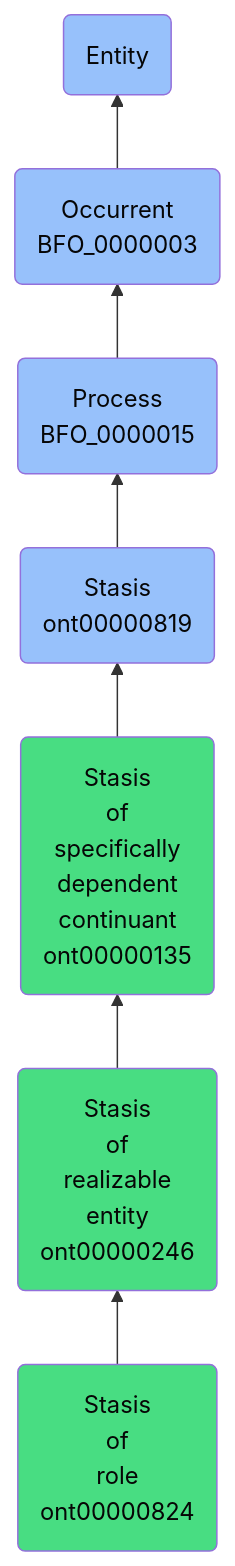
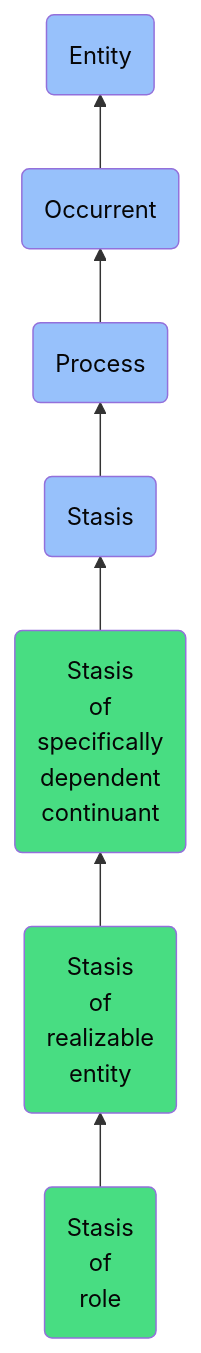
The diagram in docs/ontology/reference/model/Entity/Occurrent/Process/Stasis/Stasis of specifically dependent continuant/Stasis of realizable entity/Stasis of role/Stasis of role.md (jupyter-naas/abi), drawn with Mermaid before and after one commit. The commit also changed other lines of this file and 1430 other files, not shown here.

````diff
--- a/docs/ontology/reference/model/Entity/Occurrent/Process/Stasis/Stasis of specifically dependent continuant/Stasis of realizable entity/Stasis of role/Stasis of role.md
+++ b/docs/ontology/reference/model/Entity/Occurrent/Process/Stasis/Stasis of specifically dependent continuant/Stasis of realizable entity/Stasis of role/Stasis of role.md
@@ -24,14 +24,14 @@
 ```mermaid
 graph BT
-    ont00000824(Stasis<br>of<br>role<br>ont00000824):::ABI-->ont00000246
-    ont00000246(Stasis<br>of<br>realizable<br>entity<br>ont00000246):::ABI-->ont00000135
-    ont00000135(Stasis<br>of<br>specifically<br>dependent<br>continuant<br>ont00000135):::ABI-->ont00000819
-    ont00000819(Stasis<br>ont00000819):::BFO-->BFO_0000015
-    BFO_0000015(Process<br>BFO_0000015):::BFO-->BFO_0000003
-    BFO_0000003(Occurrent<br>BFO_0000003):::BFO-->BFO_0000001
+    ont00000824(Stasis<br>of<br>role):::ABI-->ont00000246
+    ont00000246(Stasis<br>of<br>realizable<br>entity):::ABI-->ont00000135
+    ont00000135(Stasis<br>of<br>specifically<br>dependent<br>continuant):::ABI-->ont00000819
+    ont00000819(Stasis):::BFO-->BFO_0000015
+    BFO_0000015(Process):::BFO-->BFO_0000003
+    BFO_0000003(Occurrent):::BFO-->BFO_0000001
     BFO_0000001(Entity):::BFO
     
     classDef BFO fill:#97c1fb,color:#060606
     classDef CCO fill:#e4c51e,color:#060606
     classDef ABI fill:#48DD82,color:#060606
 ```
````
